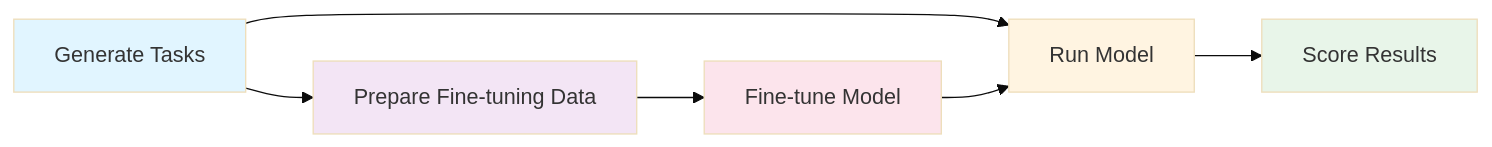
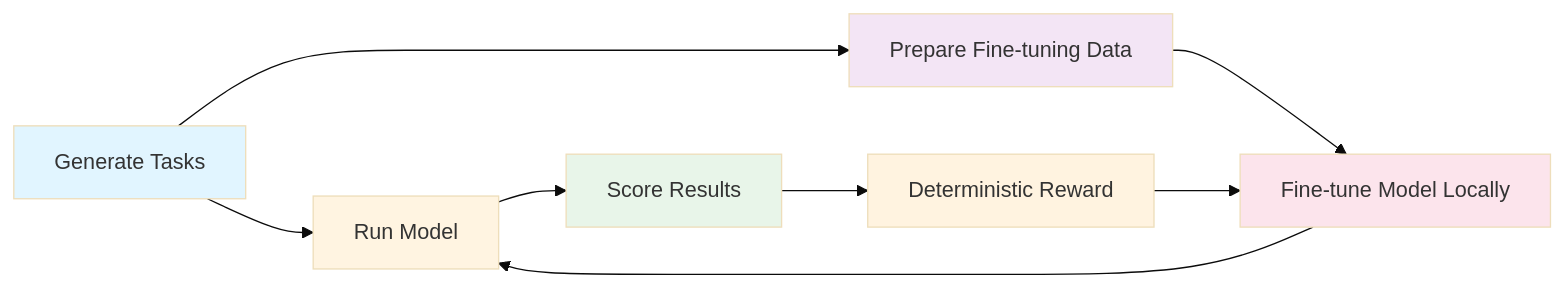
The diagram in README.md (alsopgroup/lanemint-meta-hackathon), drawn with Mermaid (base theme) before and after one commit. The commit also changed other lines of this file and 5 other files, not shown here.

````diff
--- a/README.md
+++ b/README.md
@@ -20,14 +20,17 @@
 ```mermaid
 graph LR
     A[Generate Tasks] --> B[Run Model]
     B --> C[Score Results]
     A --> D[Prepare Fine-tuning Data]
-    D --> E[Fine-tune Model]
+    D --> E[Fine-tune Model Locally]
     E --> B
+    C --> F[Deterministic Reward]
+    F --> E
     
     style A fill:#e1f5ff
     style B fill:#fff4e1
     style C fill:#e8f5e9
     style D fill:#f3e5f5
     style E fill:#fce4ec
+    style F fill:#fff3e0
 ```
````
